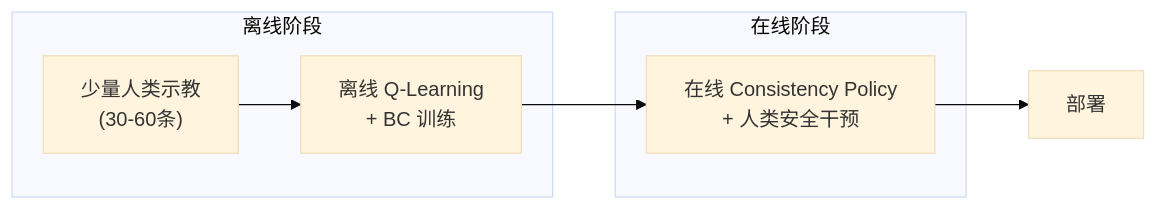
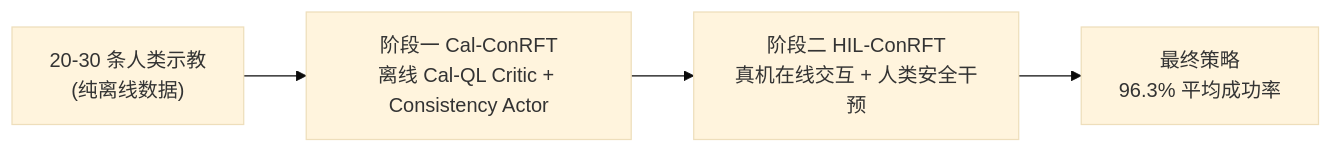
Before and after one commit to endlesscollider/paper: the first of 5 diagrams in 论文综述/010_ConRFT_一致性策略RL微调VLA.md, drawn with Mermaid (base theme). The commit also changed other lines of this file and 739 other files, not shown here.

First line of the commit message:
docs: 更新文章、系列与论文综述，新增配图与绘图脚本

````diff
--- a/论文综述/010_ConRFT_一致性策略RL微调VLA.md
+++ b/论文综述/010_ConRFT_一致性策略RL微调VLA.md
@@ -51,10 +61,6 @@
 ```mermaid
 flowchart LR
-    subgraph Stage1["离线阶段"]
-        A["少量人类示教<br/>(30-60条)"] --> B["离线 Q-Learning<br/>+ BC 训练"]
-    end
-    subgraph Stage2["在线阶段"]
-        B --> C["在线 Consistency Policy<br/>+ 人类安全干预"]
-    end
-    C --> D["部署"]
+    A["20-30 条人类示教<br/>(纯离线数据)"] --> B["阶段一 Cal-ConRFT<br/>离线 Cal-QL Critic + Consistency Actor"]
+    B --> C["阶段二 HIL-ConRFT<br/>真机在线交互 + 人类安全干预"]
+    C --> D["最终策略<br/>96.3% 平均成功率"]
 ```
````
